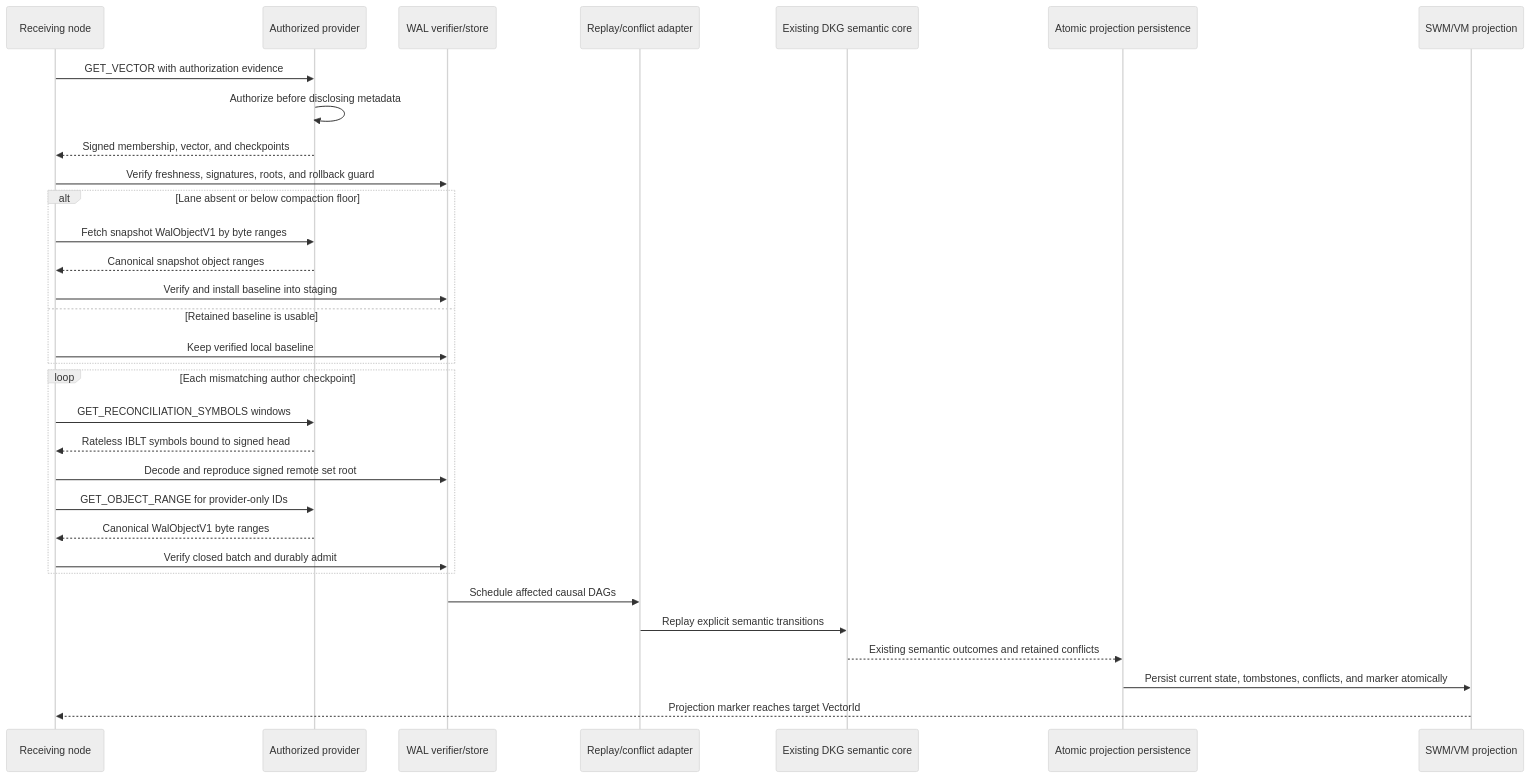
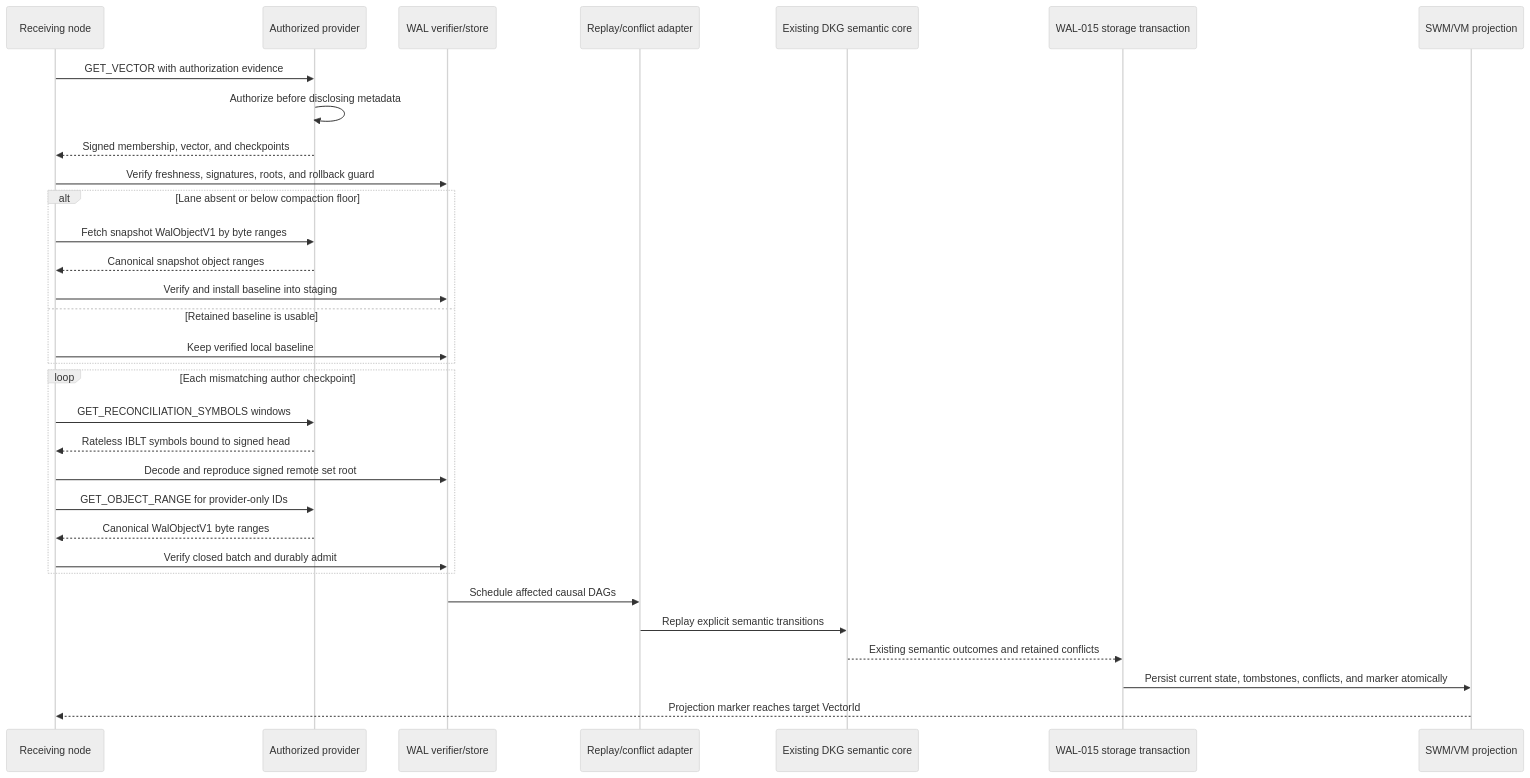
Before and after one commit to OriginTrail/dkg: diagram 11 of 12 in docs/active-now/wal-parallel-protocol-task-pack/OT-RFC-65-wal-byte-set-reconciliation-sync.md, drawn with Mermaid (neutral theme). The commit also changed other lines of this file and 57 other files, not shown here.

````diff
--- a/docs/active-now/wal-parallel-protocol-task-pack/OT-RFC-65-wal-byte-set-reconciliation-sync.md
+++ b/docs/active-now/wal-parallel-protocol-task-pack/OT-RFC-65-wal-byte-set-reconciliation-sync.md
@@ -2114,35 +2153,35 @@
 ```mermaid
 sequenceDiagram
     participant R as Receiving node
     participant P as Authorized provider
     participant W as WAL verifier/store
     participant A as Replay/conflict adapter
     participant S as Existing DKG semantic core
-    participant M as Atomic projection persistence
+    participant M as WAL-015 storage transaction
     participant G as SWM/VM projection
 
     R->>P: GET_VECTOR with authorization evidence
     P->>P: Authorize before disclosing metadata
     P-->>R: Signed membership, vector, and checkpoints
     R->>W: Verify freshness, signatures, roots, and rollback guard
     alt Lane absent or below compaction floor
         R->>P: Fetch snapshot WalObjectV1 by byte ranges
         P-->>R: Canonical snapshot object ranges
         R->>W: Verify and install baseline into staging
     else Retained baseline is usable
         R->>W: Keep verified local baseline
     end
     loop Each mismatching author checkpoint
         R->>P: GET_RECONCILIATION_SYMBOLS windows
         P-->>R: Rateless IBLT symbols bound to signed head
         R->>W: Decode and reproduce signed remote set root
         R->>P: GET_OBJECT_RANGE for provider-only IDs
         P-->>R: Canonical WalObjectV1 byte ranges
         R->>W: Verify closed batch and durably admit
     end
     W->>A: Schedule affected causal DAGs
     A->>S: Replay explicit semantic transitions
     S-->>M: Existing semantic outcomes and retained conflicts
     M->>G: Persist current state, tombstones, conflicts, and marker atomically
     G-->>R: Projection marker reaches target VectorId
 ```
````
